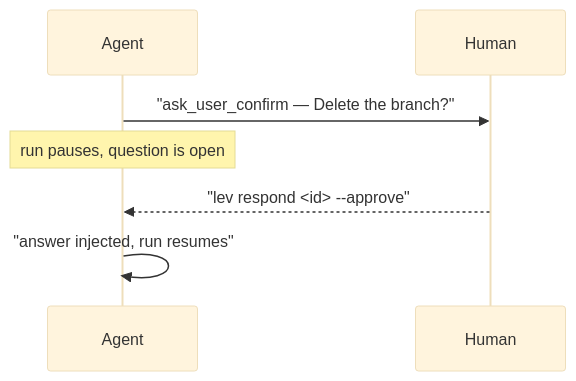
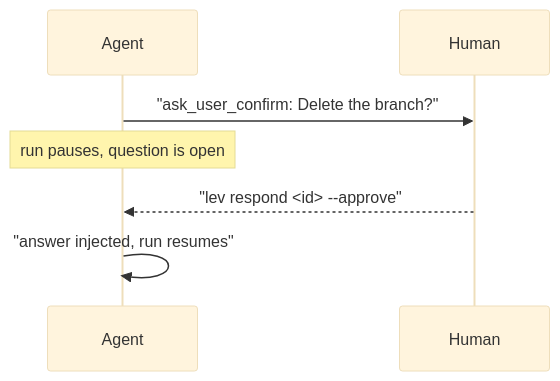
Before and after one commit to GEMISIS/leviath: the diagram in docs/content/interaction.md, drawn with Mermaid (base theme). The commit also changed other lines of this file and 19 other files, not shown here.

````diff
--- a/docs/content/interaction.md
+++ b/docs/content/interaction.md
@@ -16,9 +16,9 @@
 ```mermaid
 sequenceDiagram
   participant A as Agent
   participant H as Human
-  A->>H: "ask_user_confirm — Delete the branch?"
+  A->>H: "ask_user_confirm: Delete the branch?"
   Note over A: run pauses, question is open
   H-->>A: "lev respond <id> --approve"
   A->>A: "answer injected, run resumes"
 ```
````
